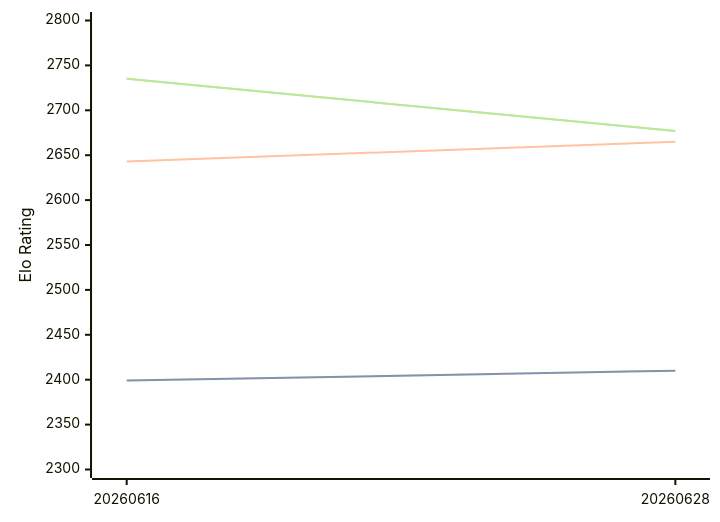
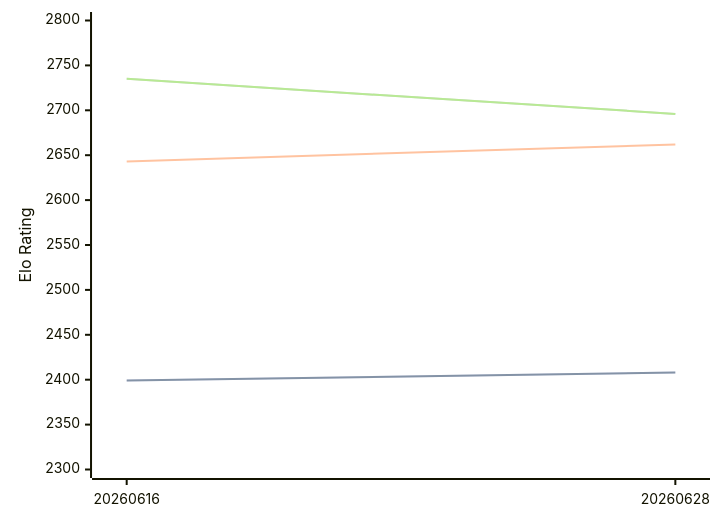
Before and after one commit to computer-chess-index/cci: the third of 3 diagrams in engines/Askaig.md, drawn with Mermaid. The commit also changed other lines of this file, not shown here.

Commit message:
Update CCI Ratings (ELO VLTC) - 2026-07-03

````diff
--- a/engines/Askaig.md
+++ b/engines/Askaig.md
@@ -67,11 +67,11 @@
 ```mermaid
 %%{init: {"theme":"base","themeVariables":{"seriesColors:['#a3a3a3','#222221','#faa371']}}}%%
 xychart-beta
   x-axis ["20260616", "20260628"]
   y-axis "Elo Rating" 2300 --> 2800
-  line "STC (8.0+0.08s)" [2399, 2410]
-  line "STC (8.0+0.08s)" [2399, 2410]
-  line "LTC (60.0+0.60s)" [2643, 2665]
-  line "VLTC (2m24s+1.12s)" [2735, 2677]
-  line "VLTC (2m24s+1.12s)" [2735, 2677]
+  line "STC (8.0+0.08s)" [2399, 2408]
+  line "STC (8.0+0.08s)" [2399, 2408]
+  line "LTC (60.0+0.60s)" [2643, 2662]
+  line "VLTC (2m24s+1.12s)" [2735, 2696]
+  line "VLTC (2m24s+1.12s)" [2735, 2696]
 ```
````
